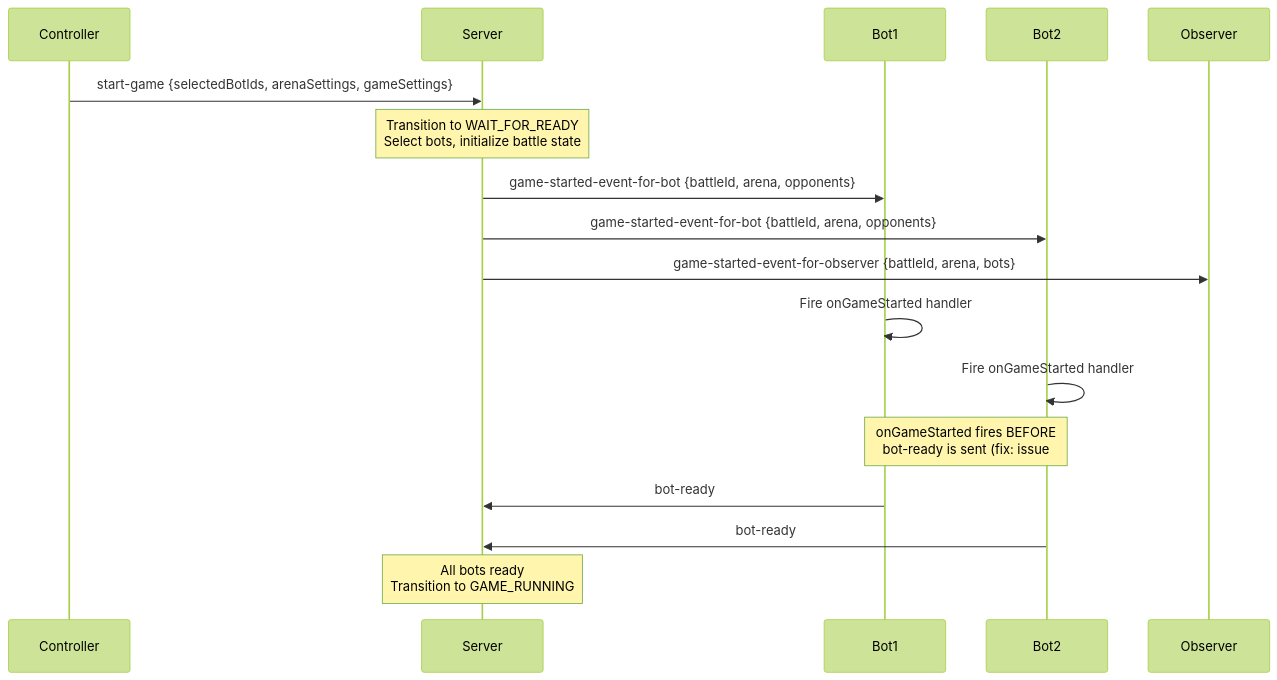
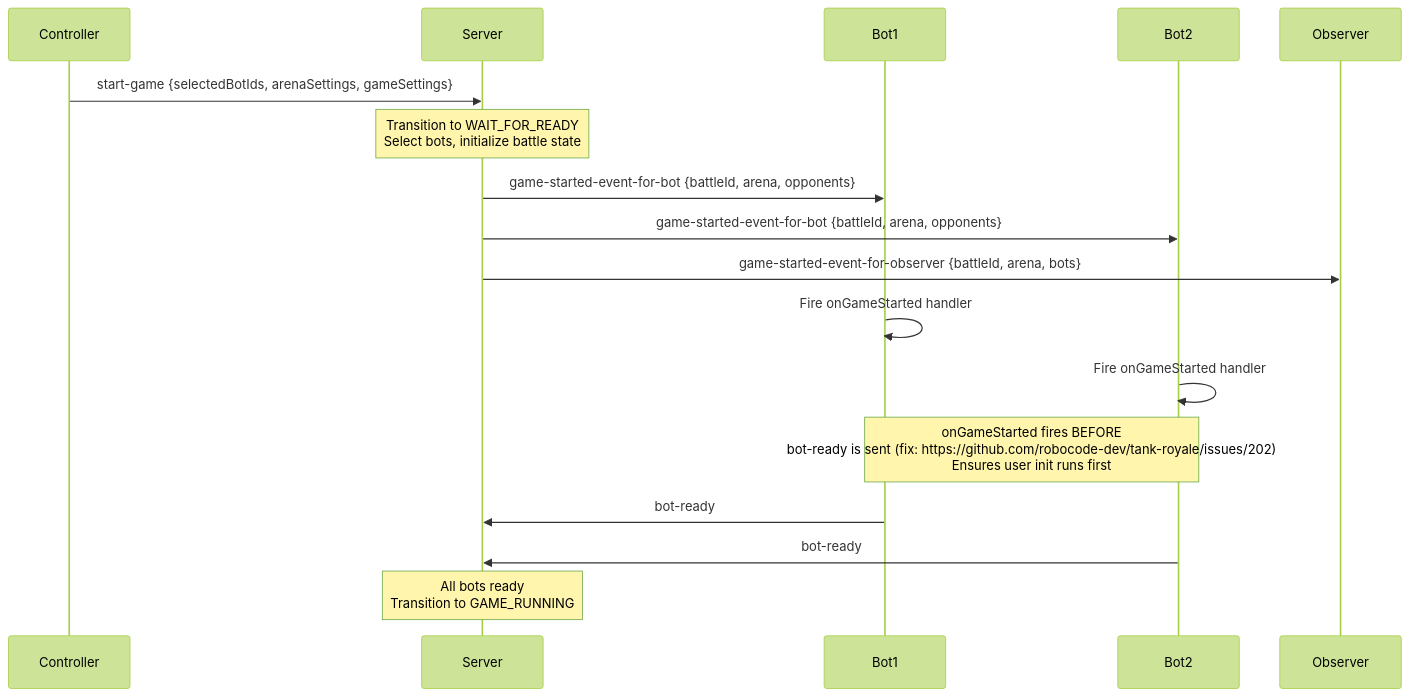
The third of 14 diagrams in docs/architecture/models/flows/battle-lifecycle.md (robocode-dev/tank-royale), drawn with Mermaid (forest theme) before and after one commit.

Commit message:
docs(CH-009): qualify lifecycle issue reference

````diff
--- a/docs/architecture/models/flows/battle-lifecycle.md
+++ b/docs/architecture/models/flows/battle-lifecycle.md
@@ -131,26 +131,26 @@
 ```mermaid
 sequenceDiagram
     participant Controller
     participant Server
     participant Bot1
     participant Bot2
     participant Observer
     
     Controller->>Server: start-game {selectedBotIds, arenaSettings, gameSettings}
     
     Note over Server: Transition to WAIT_FOR_READY<br/>Select bots, initialize battle state
     
     Server->>Bot1: game-started-event-for-bot {battleId, arena, opponents}
     Server->>Bot2: game-started-event-for-bot {battleId, arena, opponents}
     Server->>Observer: game-started-event-for-observer {battleId, arena, bots}
     
     Bot1->>Bot1: Fire onGameStarted handler
     Bot2->>Bot2: Fire onGameStarted handler
     
-    Note over Bot1,Bot2: onGameStarted fires BEFORE<br/>bot-ready is sent (fix: issue #202)<br/>Ensures user init runs first
+    Note over Bot1,Bot2: onGameStarted fires BEFORE<br/>bot-ready is sent (fix: https://github.com/robocode-dev/tank-royale/issues/202)<br/>Ensures user init runs first
     
     Bot1->>Server: bot-ready
     Bot2->>Server: bot-ready
     
     Note over Server: All bots ready<br/>Transition to GAME_RUNNING
 ```
````
